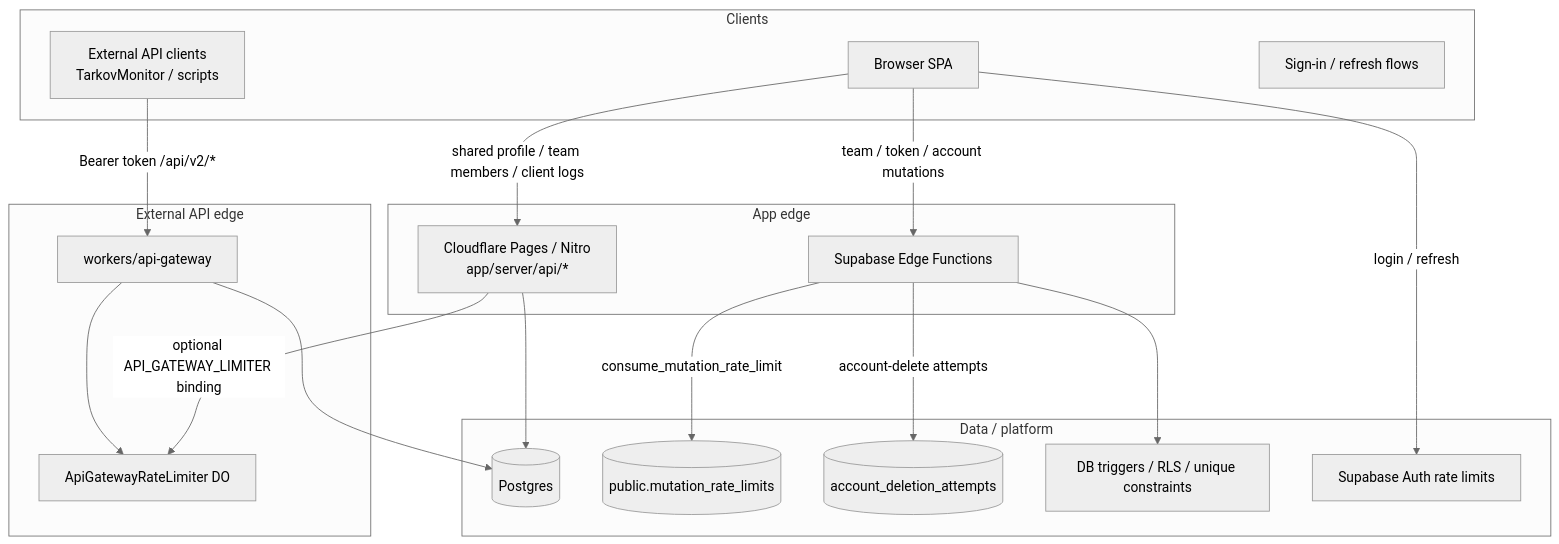
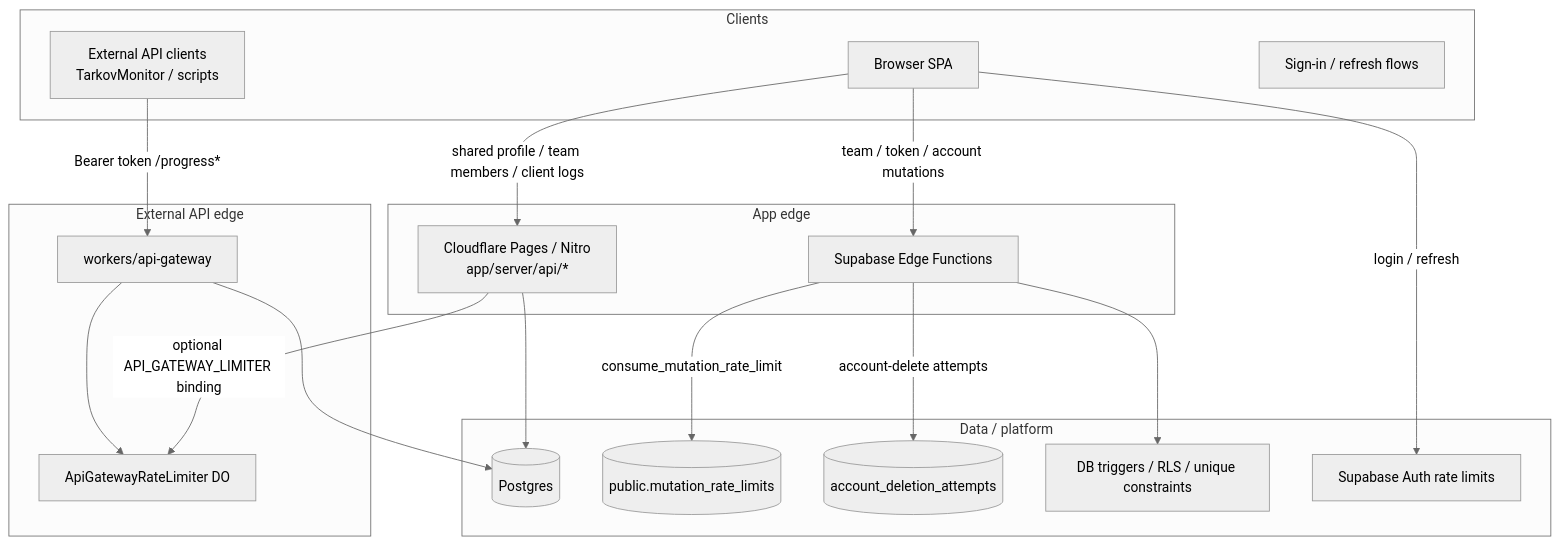
The first of 6 diagrams in docs/RATE_LIMITING.md (tarkovtracker-org/TarkovTracker), drawn with Mermaid (neutral theme) before and after one commit. The commit also changed other lines of this file and 8 other files, not shown here.

````diff
--- a/docs/RATE_LIMITING.md
+++ b/docs/RATE_LIMITING.md
@@ -44,38 +44,38 @@
 ```mermaid
 flowchart TB
   subgraph clients [Clients]
     UI[Browser SPA]
     EXT[External API clients<br/>TarkovMonitor / scripts]
     AUTH[Sign-in / refresh flows]
   end
 
   subgraph appEdge [App edge]
     PAGES[Cloudflare Pages / Nitro<br/>app/server/api/*]
     EDGE[Supabase Edge Functions]
   end
 
   subgraph apiEdge [External API edge]
     WG[workers/api-gateway]
     DO[ApiGatewayRateLimiter DO]
   end
 
   subgraph data [Data / platform]
     PG[(Postgres)]
     MRL[(public.mutation_rate_limits)]
     ADA[(account_deletion_attempts)]
     CAP[DB triggers / RLS / unique constraints]
     SA[Supabase Auth rate limits]
   end
 
   UI -->|shared profile / team members / client logs| PAGES
   UI -->|team / token / account mutations| EDGE
   UI -->|login / refresh| SA
-  EXT -->|Bearer token /api/v2/*| WG
+  EXT -->|Bearer token /progress*| WG
   WG --> DO
   WG --> PG
   EDGE -->|consume_mutation_rate_limit| MRL
   EDGE -->|account-delete attempts| ADA
   EDGE --> CAP
   PAGES -->|optional API_GATEWAY_LIMITER binding| DO
   PAGES --> PG
 ```
````
